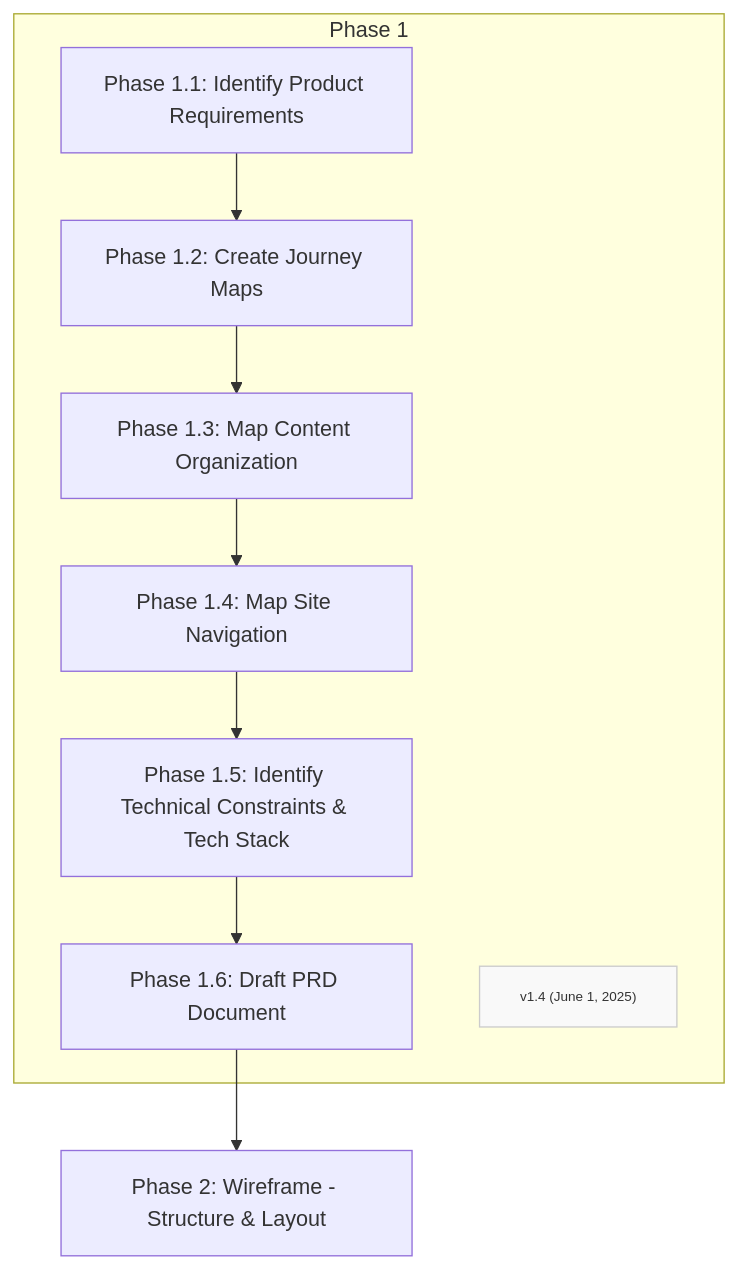
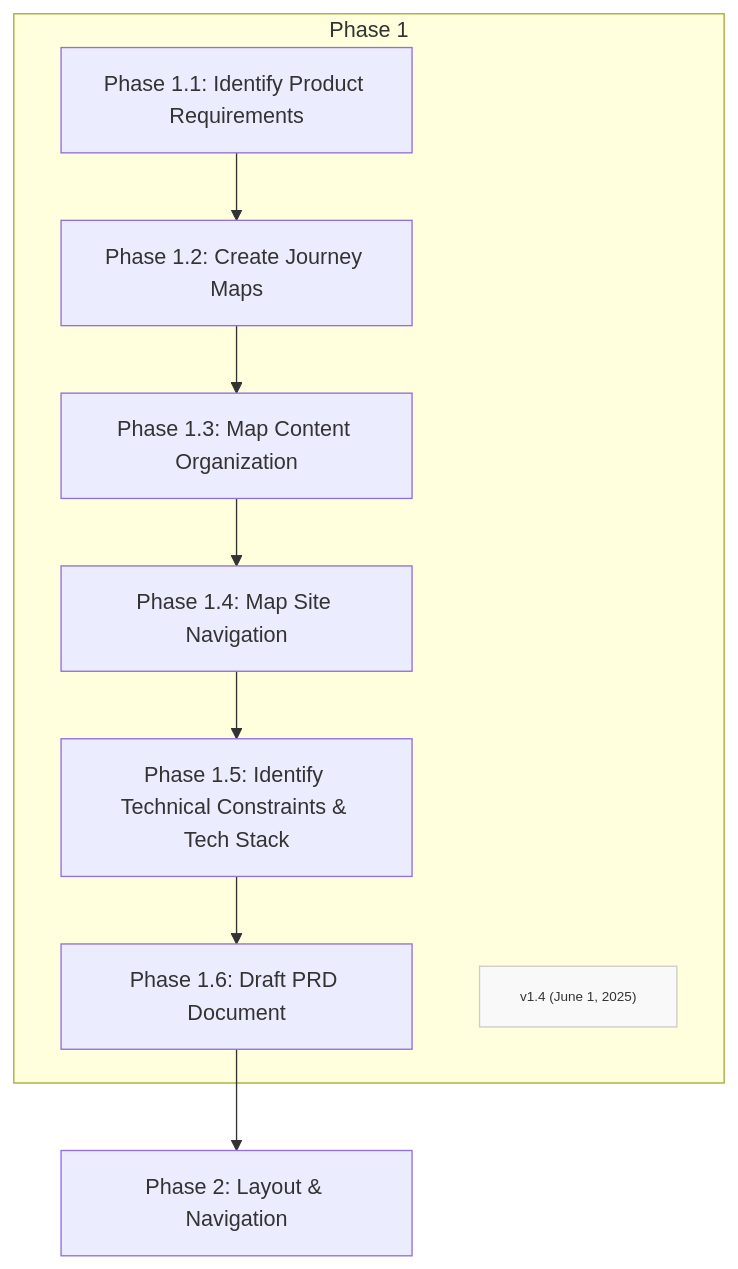
One commit to Mharbulous/Front-First-Method changed the diagram in Phases/FF-phase1.md. Above: the diagram before and after it, drawn with Mermaid. The commit also changed 7 other files, not shown here.

````diff
--- a/Phases/FF-phase1.md
+++ b/Phases/FF-phase1.md
@@ -1,16 +1,16 @@
 ```mermaid
 graph TD
     
     subgraph Phase1["Phase 1"]
         Phase1_1["Phase 1.1: Identify Product Requirements"] --> Phase1_2["Phase 1.2: Create Journey Maps"]
         Phase1_2 --> Phase1_3["Phase 1.3: Map Content Organization"]
         Phase1_3 --> Phase1_4["Phase 1.4: Map Site Navigation"]
         Phase1_4 --> Phase1_5["Phase 1.5: Identify Technical Constraints & Tech Stack"]
         Phase1_5 --> Phase1_6["Phase 1.6: Draft PRD Document"]
         Version["v1.4 (June 1, 2025)"]
         classDef version fill:#f9f9f9,stroke:#ccc,font-size:10px
         class Version version
     end
 
-Phase1_6 --> Phase2["Phase 2: Wireframe - Structure & Layout"]
+Phase1_6 --> Phase2["Phase 2: Layout & Navigation"]
 ```
````
